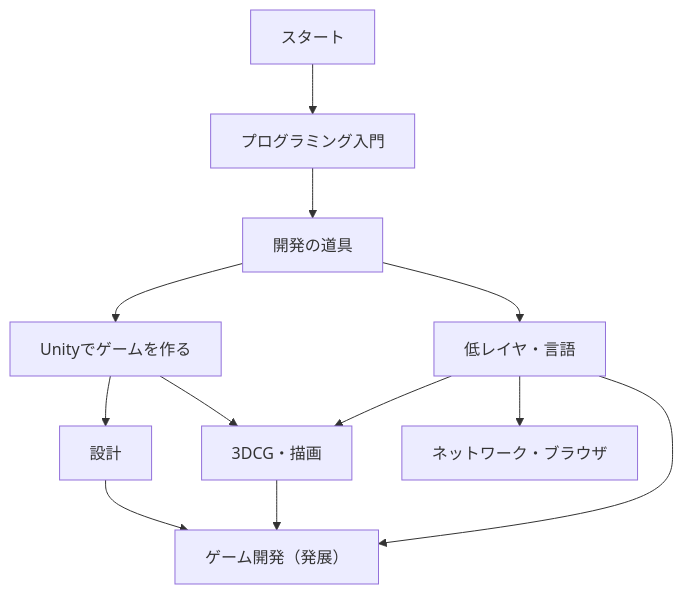
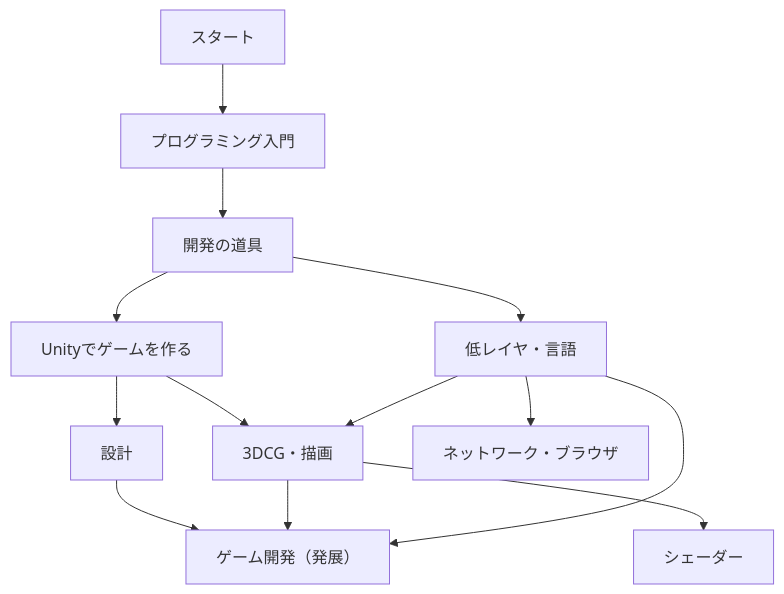
Before and after one commit to sny0/sny0.github.io: the diagram in study/docs/learn/start.md, drawn with Mermaid. The commit also changed other lines of this file and 115 other files, not shown here.

````diff
--- a/study/docs/learn/start.md
+++ b/study/docs/learn/start.md
@@ -20,14 +20,15 @@
 ```mermaid
 flowchart TD
   S["スタート"] --> P["プログラミング入門"]
   P --> T["開発の道具"]
   T --> U["Unityでゲームを作る"]
   T --> L["低レイヤ・言語"]
   U --> D["設計"]
   U --> R["3DCG・描画"]
+  R --> H["シェーダー"]
   L --> R
   L --> W["ネットワーク・ブラウザ"]
   D --> G["ゲーム開発（発展）"]
   R --> G
   L --> G
 ```
````
